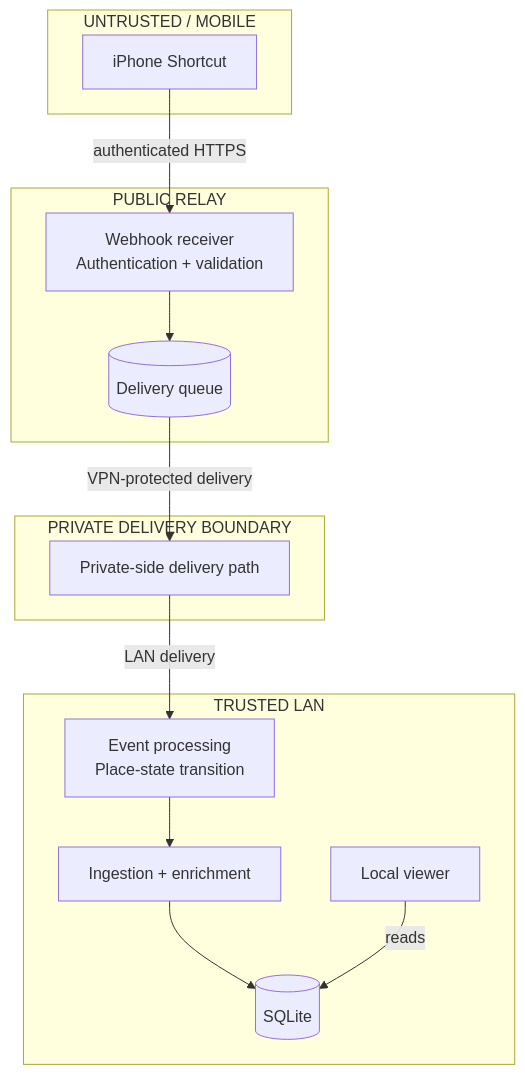
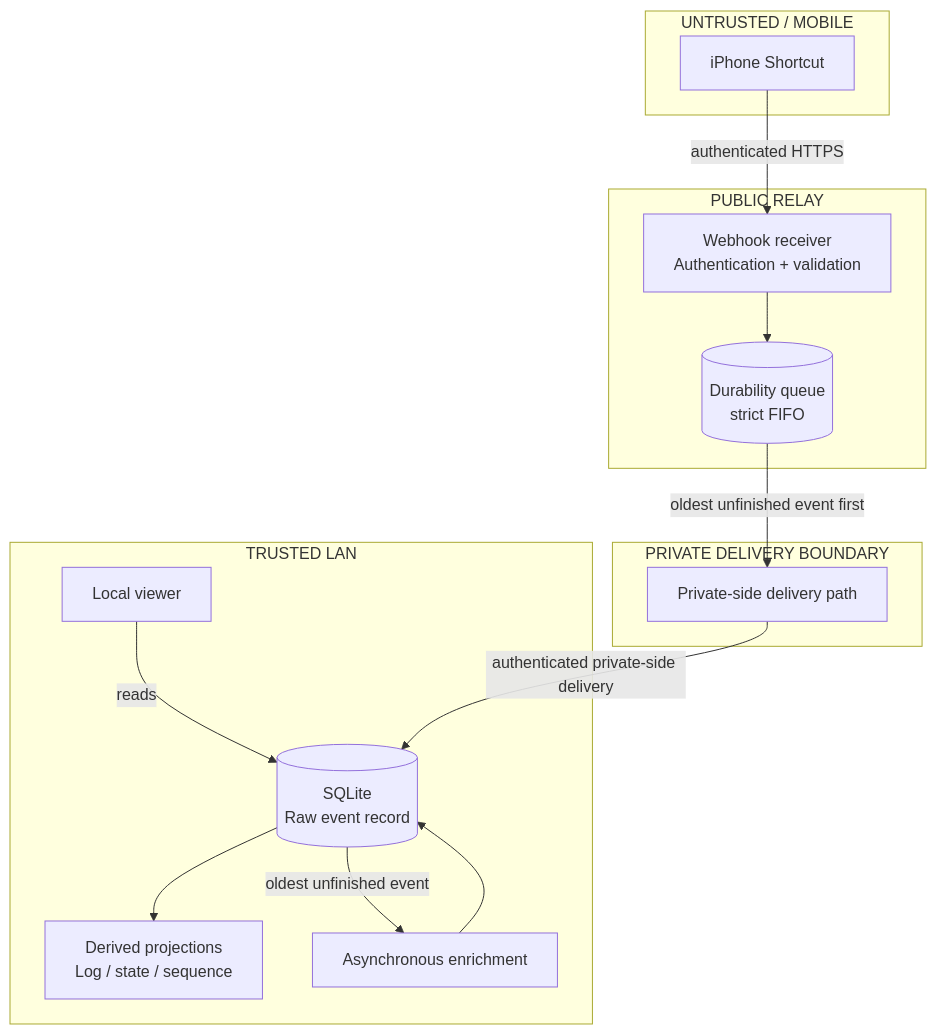
The diagram in README.md (broeneatsdinner/presence-relay), drawn with Mermaid before and after one commit. The commit also changed other lines of this file and 20 other files, not shown here.

Commit message:
Model durable relay and asynchronous enrichment

````diff
--- a/README.md
+++ b/README.md
@@ -68,32 +69,33 @@
 ```mermaid
 flowchart TB
 	subgraph mobile["UNTRUSTED / MOBILE"]
 		shortcut["iPhone Shortcut"]
 	end
 
 	subgraph relay["PUBLIC RELAY"]
 		intake["Webhook receiver<br/>Authentication + validation"]
-		queue[("Delivery queue")]
+		queue[("Durability queue<br/>strict FIFO")]
 
 		intake --> queue
 	end
 
 	subgraph boundary["PRIVATE DELIVERY BOUNDARY"]
 		delivery["Private-side delivery path"]
 	end
 
 	subgraph lan["TRUSTED LAN"]
-		processing["Event processing<br/>Place-state transition"]
-		enrichment["Ingestion + enrichment"]
-		db[("SQLite")]
+		db[("SQLite<br/>Raw event record")]
+		projections["Derived projections<br/>Log / state / sequence"]
+		enrichment["Asynchronous enrichment"]
 		viewer["Local viewer"]
 
-		processing --> enrichment
+		db --> projections
+		db -->|"oldest unfinished event"| enrichment
 		enrichment --> db
 		viewer -->|"reads"| db
 	end
 
 	shortcut -->|"authenticated HTTPS"| intake
-	queue -->|"VPN-protected delivery"| delivery
-	delivery -->|"LAN delivery"| processing
+	queue -->|"oldest unfinished event first"| delivery
+	delivery -->|"authenticated private-side delivery"| db
 ```
````
